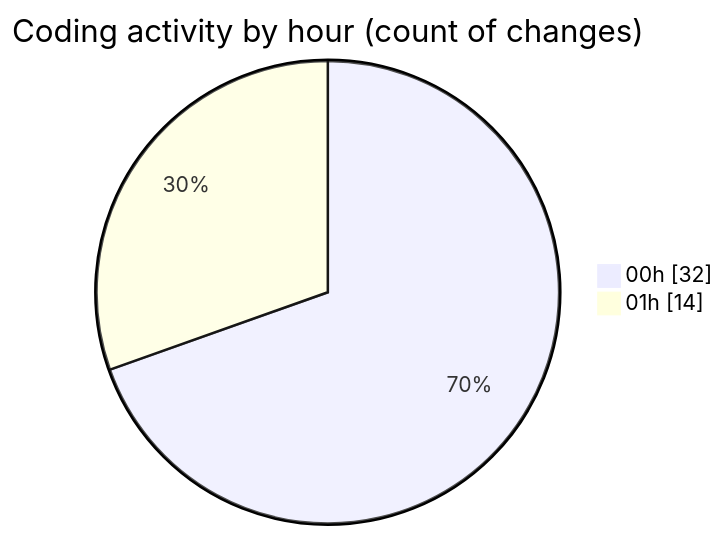
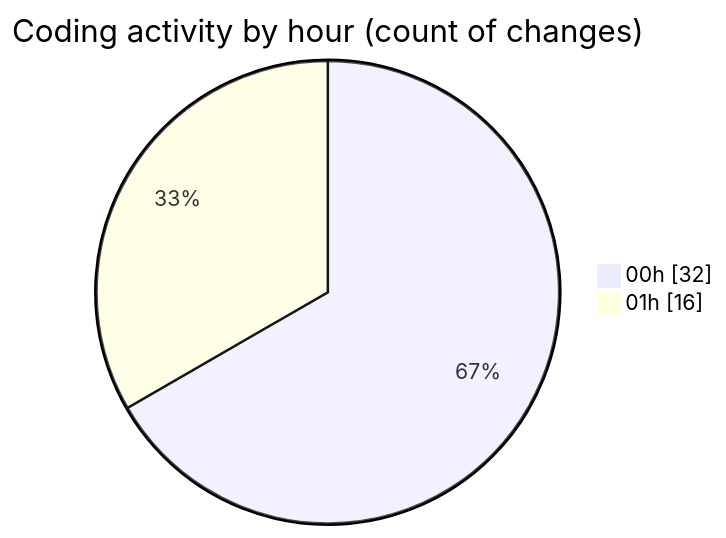
Before and after one commit to lephambinh05/code-tracking: the second of 2 diagrams in 2025-07-21/reg/README.md, drawn with Mermaid. The commit also changed other lines of this file and 1 other file, not shown here.

````diff
--- a/2025-07-21/reg/README.md
+++ b/2025-07-21/reg/README.md
@@ -45,6 +45,6 @@
 ```mermaid
 pie showData
 title Coding activity by hour (count of changes)
 "00h" : 32
-"01h" : 14
+"01h" : 16
 ```
````
